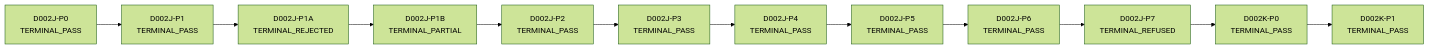
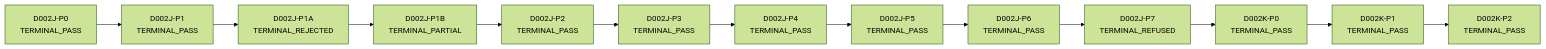
Before and after one commit to neuron7xLab/GeoSync: the diagram in docs/research/D002J_LINEAGE_MAP.md, drawn with Mermaid (forest theme). The commit also changed other lines of this file and 13 other files, not shown here.

````diff
--- a/docs/research/D002J_LINEAGE_MAP.md
+++ b/docs/research/D002J_LINEAGE_MAP.md
@@ -16,26 +16,28 @@
 ```mermaid
 graph LR
     D002J-P0[D002J-P0<br/>TERMINAL_PASS]
     D002J-P1[D002J-P1<br/>TERMINAL_PASS]
     D002J-P1A[D002J-P1A<br/>TERMINAL_REJECTED]
     D002J-P1B[D002J-P1B<br/>TERMINAL_PARTIAL]
     D002J-P2[D002J-P2<br/>TERMINAL_PASS]
     D002J-P3[D002J-P3<br/>TERMINAL_PASS]
     D002J-P4[D002J-P4<br/>TERMINAL_PASS]
     D002J-P5[D002J-P5<br/>TERMINAL_PASS]
     D002J-P6[D002J-P6<br/>TERMINAL_PASS]
     D002J-P7[D002J-P7<br/>TERMINAL_REFUSED]
     D002K-P0[D002K-P0<br/>TERMINAL_PASS]
     D002K-P1[D002K-P1<br/>TERMINAL_PASS]
+    D002K-P2[D002K-P2<br/>TERMINAL_PASS]
     D002J-P0 --> D002J-P1
     D002J-P1 --> D002J-P1A
     D002J-P1A --> D002J-P1B
     D002J-P1B --> D002J-P2
     D002J-P2 --> D002J-P3
     D002J-P3 --> D002J-P4
     D002J-P4 --> D002J-P5
     D002J-P5 --> D002J-P6
     D002J-P6 --> D002J-P7
     D002J-P7 --> D002K-P0
     D002K-P0 --> D002K-P1
+    D002K-P1 --> D002K-P2
 ```
````
